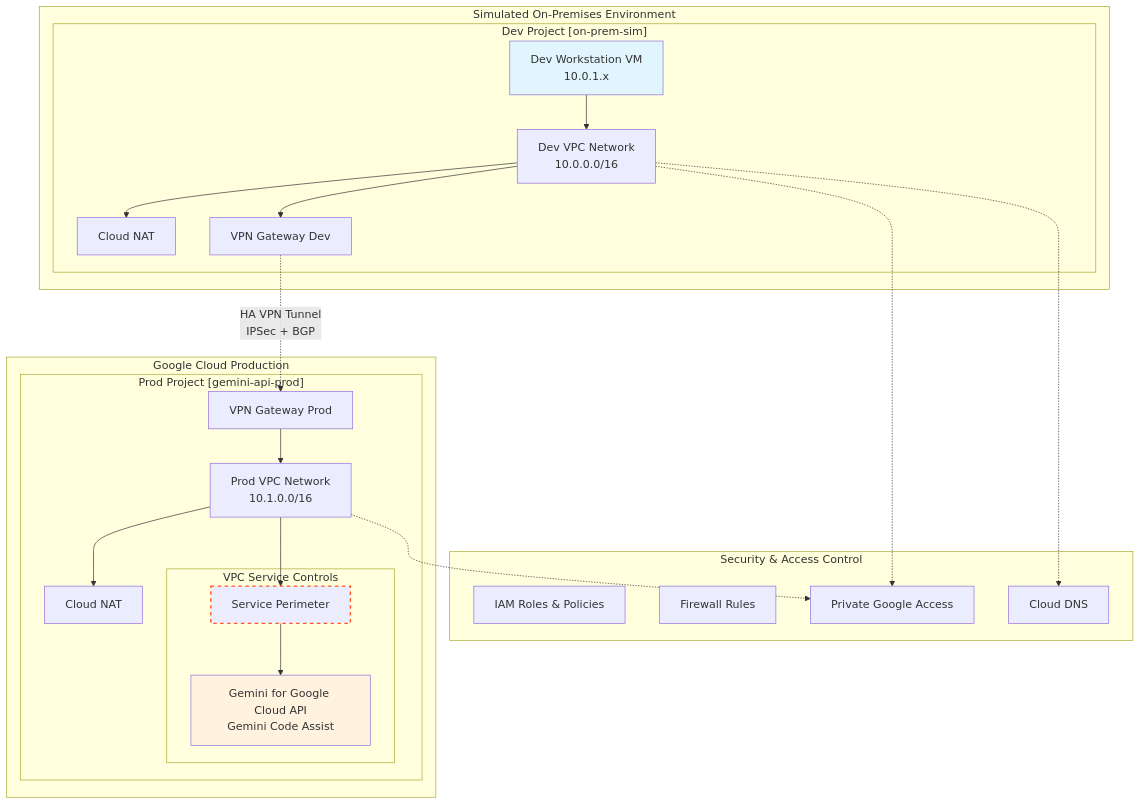
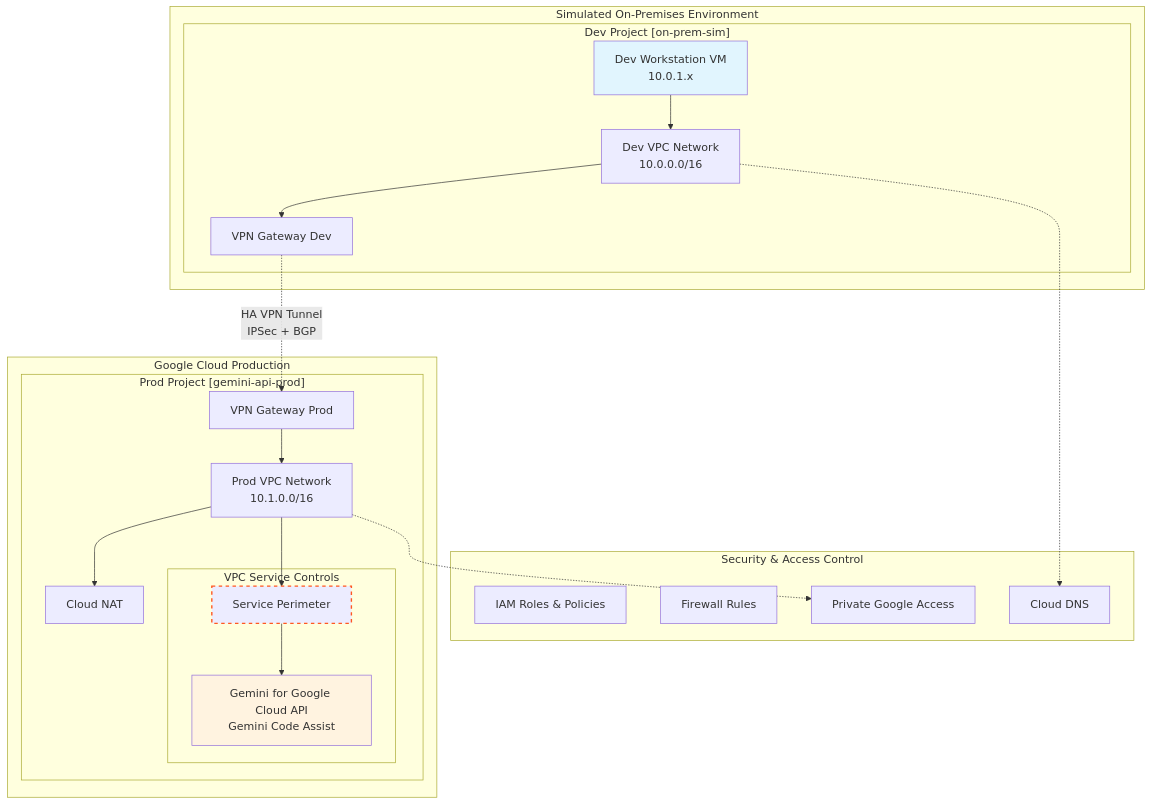
One commit to rom2019/gcp-hybrid-network-simulation changed the first of 2 diagrams in README.md. Above: the diagram before and after it, drawn with Mermaid. The commit also changed other lines of this file and 5 other files, not shown here.

````diff
--- a/README.md
+++ b/README.md
@@ -8,50 +8,47 @@
 ```mermaid
 graph TB
     subgraph "Simulated On-Premises Environment"
         subgraph "Dev Project [on-prem-sim]"
             A[Dev Workstation VM<br/>10.0.1.x]
             B[Dev VPC Network<br/>10.0.0.0/16]
-            C[Cloud NAT]
             D[VPN Gateway Dev]
             
             A --> B
-            B --> C
             B --> D
         end
     end
     
     subgraph "Google Cloud Production"
         subgraph "Prod Project [gemini-api-prod]"
             E[VPN Gateway Prod]
             F[Prod VPC Network<br/>10.1.0.0/16]
             G[Cloud NAT]
             
             subgraph "VPC Service Controls"
                 H[Service Perimeter]
                 I[Gemini for Google Cloud API<br/>Gemini Code Assist]
             end
             
             E --> F
             F --> G
             F --> H
             H --> I
         end
     end
     
     D -.HA VPN Tunnel<br/>IPSec + BGP.-> E
     
     subgraph "Security & Access Control"
         J[IAM Roles & Policies]
         K[Firewall Rules]
         L[Private Google Access]
         M[Cloud DNS]
     end
     
-    B -.-> L
     F -.-> L
     B -.-> M
     
     style A fill:#e1f5fe
     style I fill:#fff3e0
     style H stroke:#ff5722,stroke-width:2px,stroke-dasharray: 5 5
 ```
````
